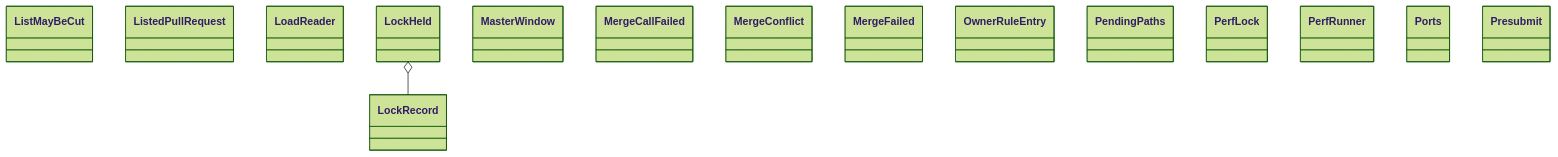
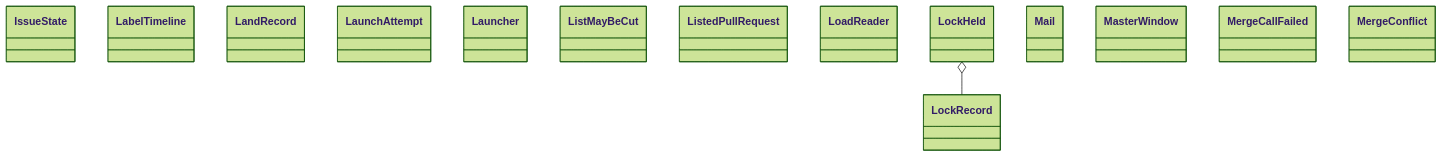
Before and after one commit to GonzaloZevallos/agentic-system: the diagram in docs/architecture/generated/classes-process-application-support-4.md, drawn with Mermaid (forest theme). The commit also changed other lines of this file and 20 other files, not shown here.

Commit message:
Regenerate the architecture docs for the notifier ports and FilesystemNotified

````diff
--- a/docs/architecture/generated/classes-process-application-support-4.md
+++ b/docs/architecture/generated/classes-process-application-support-4.md
@@ -20,19 +21,18 @@
 ```mermaid
 classDiagram
+    class ports__IssueState["IssueState"]
+    class ports__LabelTimeline["LabelTimeline"]
+    class ports__LandRecord["LandRecord"]
+    class ports__LaunchAttempt["LaunchAttempt"]
+    class ports__Launcher["Launcher"]
     class ports__ListMayBeCut["ListMayBeCut"]
     class ports__ListedPullRequest["ListedPullRequest"]
     class ports__LoadReader["LoadReader"]
     class ports__LockHeld["LockHeld"]
     class ports__LockRecord["LockRecord"]
+    class ports__Mail["Mail"]
     class ports__MasterWindow["MasterWindow"]
     class ports__MergeCallFailed["MergeCallFailed"]
     class ports__MergeConflict["MergeConflict"]
-    class ports__MergeFailed["MergeFailed"]
-    class ports__OwnerRuleEntry["OwnerRuleEntry"]
-    class ports__PendingPaths["PendingPaths"]
-    class ports__PerfLock["PerfLock"]
-    class ports__PerfRunner["PerfRunner"]
-    class ports__Ports["Ports"]
-    class ports__Presubmit["Presubmit"]
     ports__LockHeld o-- ports__LockRecord
 ```
````
